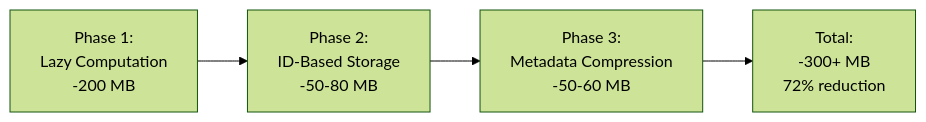
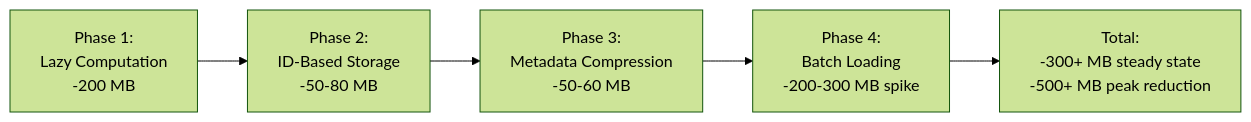
Before and after one commit to nvdb-vegdata/nvdb-tnits-public: the first of 3 diagrams in docs/MEMORY_OPTIMIZATION.md, drawn with Mermaid (forest theme). The commit also changed other lines of this file and 4 other files, not shown here.

````diff
--- a/docs/MEMORY_OPTIMIZATION.md
+++ b/docs/MEMORY_OPTIMIZATION.md
@@ -11,6 +11,7 @@
 ```mermaid
 graph LR
     A[Phase 1:<br/>Lazy Computation<br/>-200 MB] --> B[Phase 2:<br/>ID-Based Storage<br/>-50-80 MB]
     B --> C[Phase 3:<br/>Metadata Compression<br/>-50-60 MB]
-    C --> D[Total:<br/>-300+ MB<br/>72% reduction]
+    C --> D[Phase 4:<br/>Batch Loading<br/>-200-300 MB spike]
+    D --> E[Total:<br/>-300+ MB steady state<br/>-500+ MB peak reduction]
 ```
````
